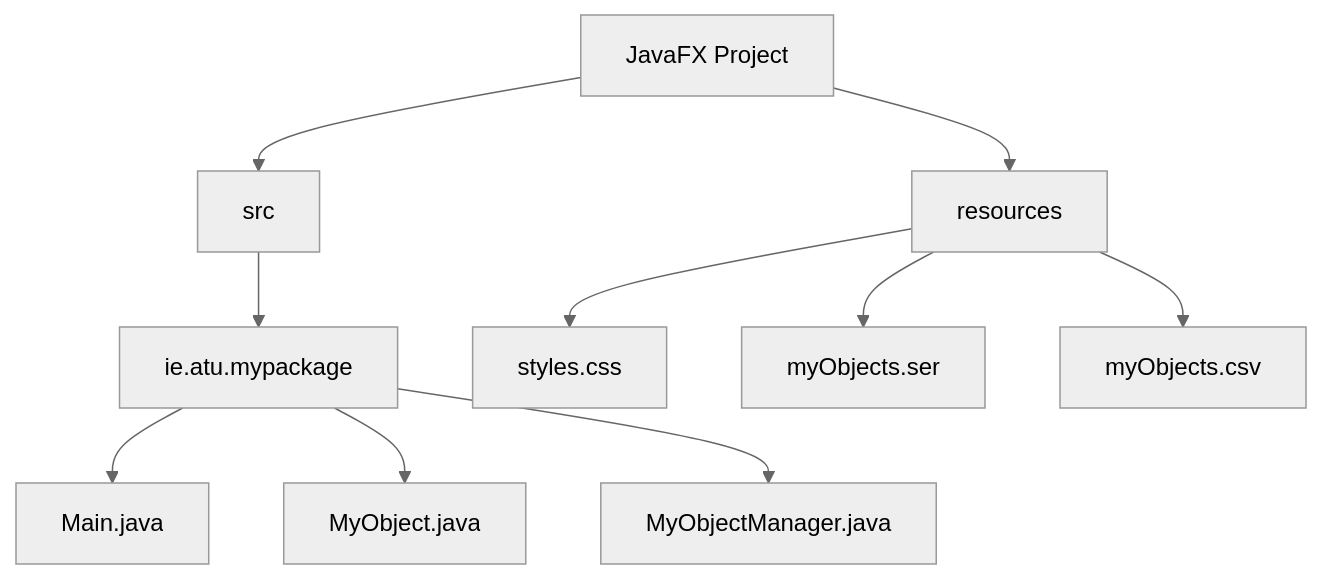
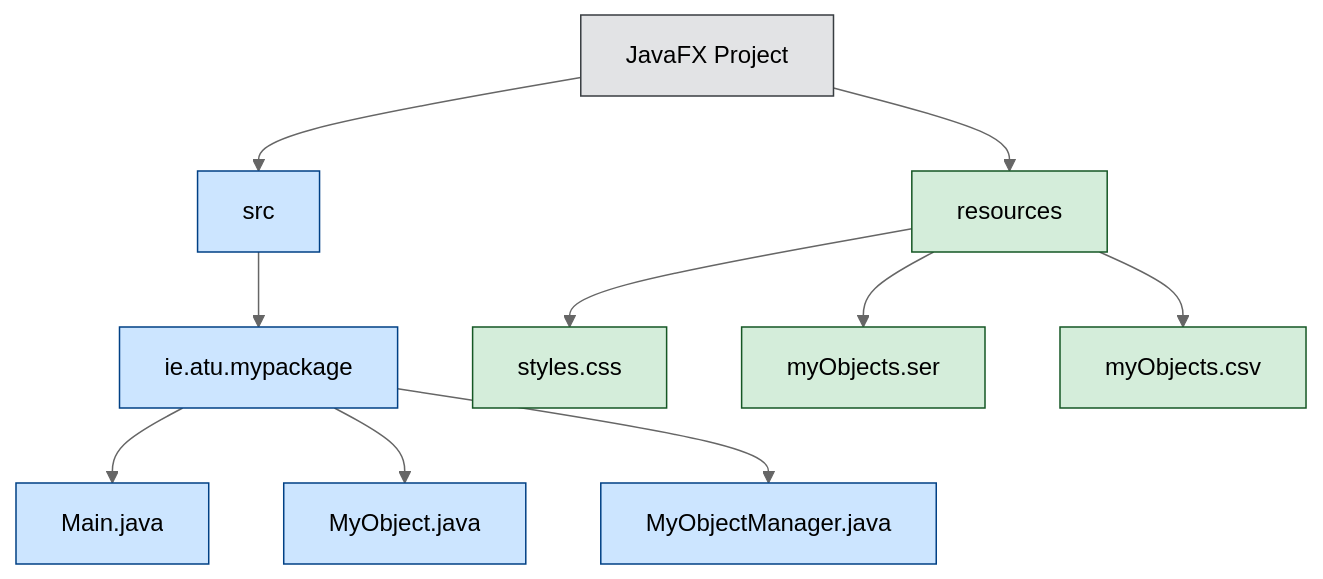
Before and after one commit to DanielCreggOrganization/aooc-project-template: the first of 4 diagrams in project-brief.md, drawn with Mermaid (neutral theme). The commit also changed other lines of this file, not shown here.

First line of the commit message:
Simplify class diagram and add colour to brief diagrams

````diff
--- a/project-brief.md
+++ b/project-brief.md
@@ -58,12 +58,19 @@
 ```mermaid
 graph TD
     A[JavaFX Project] --> B[src]
     B --> C[ie.atu.mypackage]
     C --> D[Main.java]
     C --> E[MyObject.java]
     C --> F[MyObjectManager.java]
     A --> G[resources]
     G --> H[styles.css]
     G --> I[myObjects.ser]
     G --> J[myObjects.csv]
+
+    classDef root fill:#e2e3e5,stroke:#383d41,color:#000
+    classDef code fill:#cce5ff,stroke:#004085,color:#000
+    classDef res  fill:#d4edda,stroke:#155724,color:#000
+    class A root
+    class B,C,D,E,F code
+    class G,H,I,J res
 ```
````
